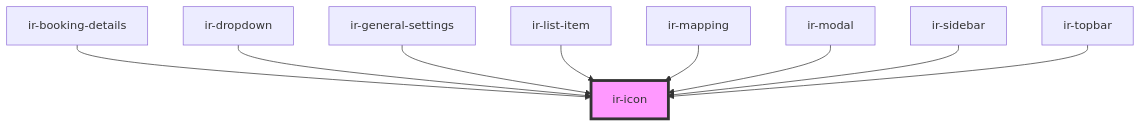
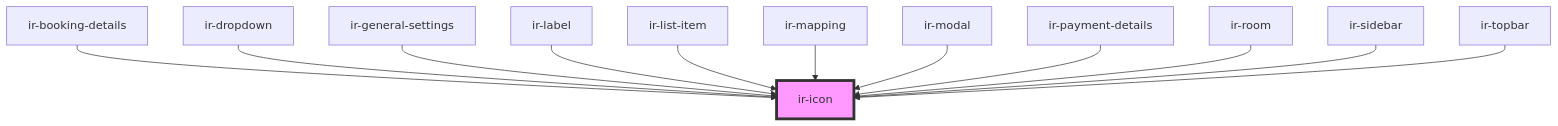
Before and after one commit to freddynasr/ir-webcmp: the diagram in src/components/ir-icon/readme.md, drawn with Mermaid. The commit also changed other lines of this file and 14 other files, not shown here.

````diff
--- a/src/components/ir-icon/readme.md
+++ b/src/components/ir-icon/readme.md
@@ -29,12 +32,15 @@
 ```mermaid
 graph TD;
   ir-booking-details --> ir-icon
   ir-dropdown --> ir-icon
   ir-general-settings --> ir-icon
+  ir-label --> ir-icon
   ir-list-item --> ir-icon
   ir-mapping --> ir-icon
   ir-modal --> ir-icon
+  ir-payment-details --> ir-icon
+  ir-room --> ir-icon
   ir-sidebar --> ir-icon
   ir-topbar --> ir-icon
   style ir-icon fill:#f9f,stroke:#333,stroke-width:4px
 ```
````
